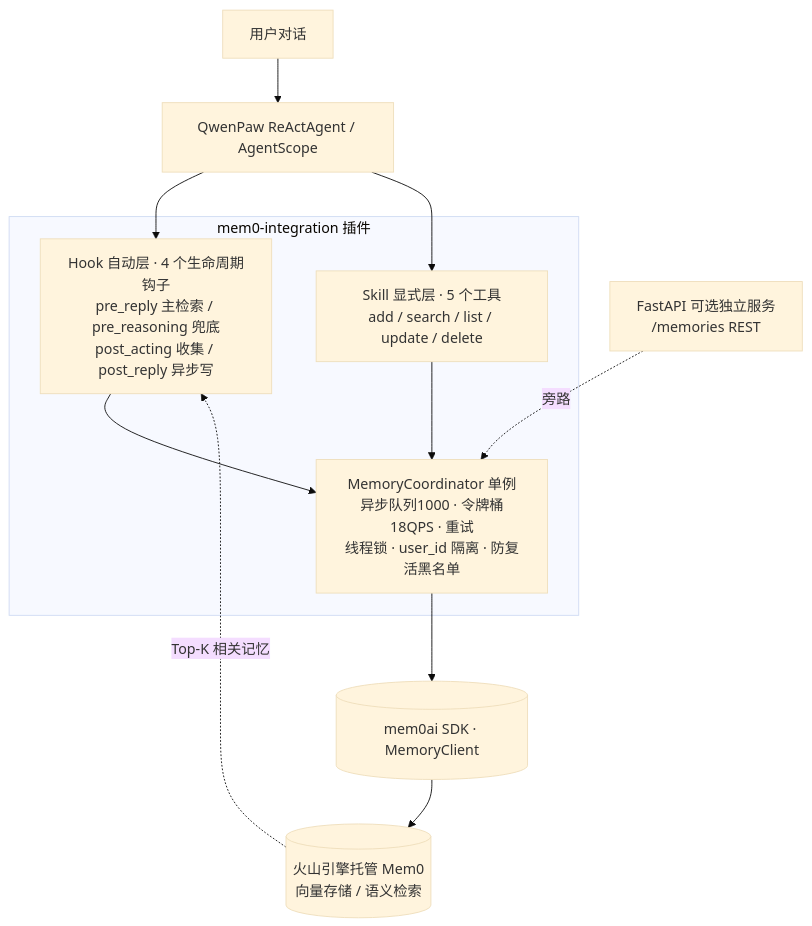
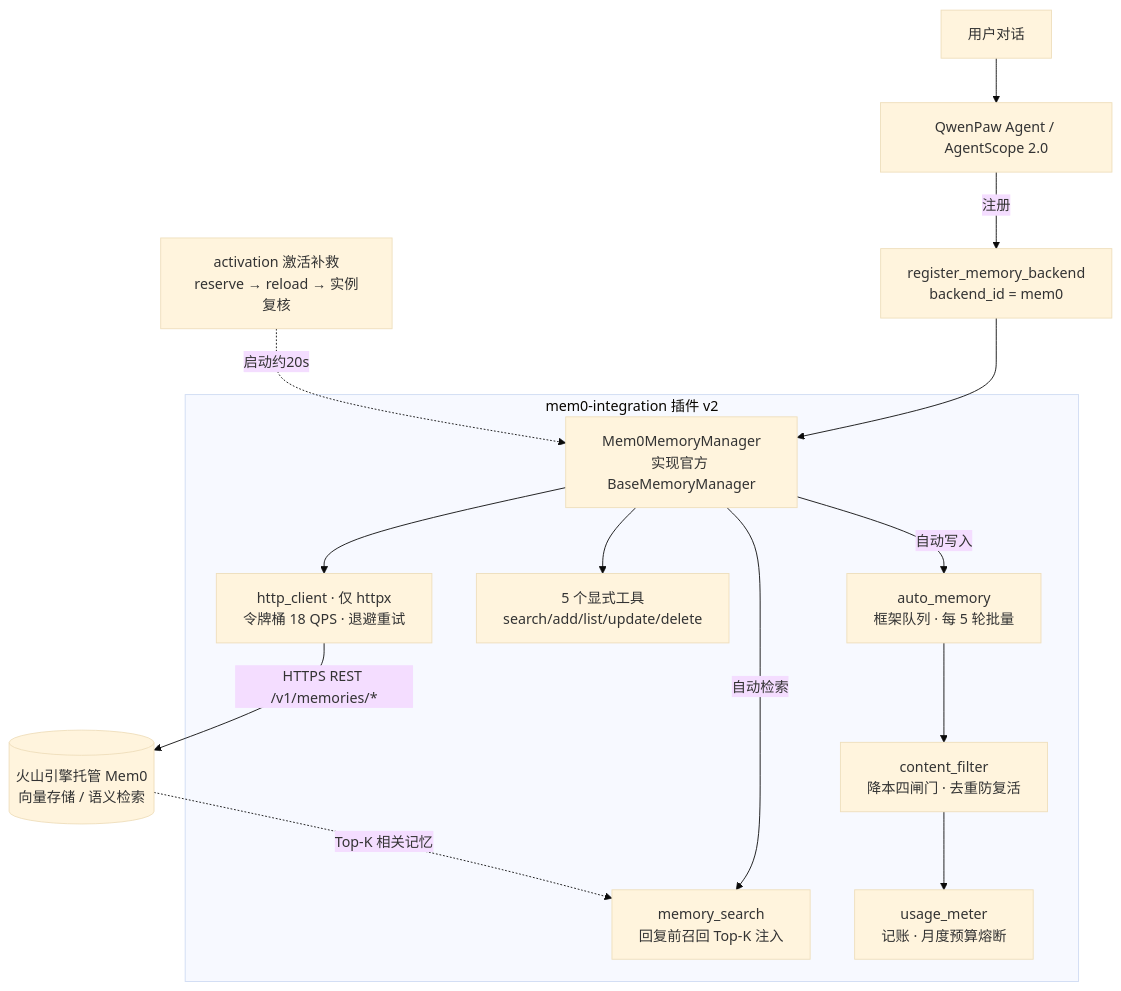
The diagram in README.md (HawChen/qwenpaw-mem0), drawn with Mermaid (base theme) before and after one commit. The commit also changed other lines of this file and 31 other files, not shown here.

First line of the commit message:
feat: 重构为 QwenPaw 2.x 官方记忆后端 (v2.0.0)

````diff
--- a/README.md
+++ b/README.md
@@ -44,17 +51,20 @@
 ```mermaid
 flowchart TD
-    U[用户对话] --> A[QwenPaw ReActAgent / AgentScope]
-    subgraph P[mem0-integration 插件]
-        H[Hook 自动层 · 4 个生命周期钩子<br/>pre_reply 主检索 / pre_reasoning 兜底<br/>post_acting 收集 / post_reply 异步写]
-        S[Skill 显式层 · 5 个工具<br/>add / search / list / update / delete]
-        C[MemoryCoordinator 单例<br/>异步队列1000 · 令牌桶18QPS · 重试<br/>线程锁 · user_id 隔离 · 防复活黑名单]
-        H --> C
-        S --> C
+    U[用户对话] --> A[QwenPaw Agent / AgentScope 2.0]
+    A -->|注册| REG[register_memory_backend<br/>backend_id = mem0]
+
+    subgraph P[mem0-integration 插件 v2]
+        BM[Mem0MemoryManager<br/>实现官方 BaseMemoryManager]
+        BM -->|自动检索| SEARCH[memory_search<br/>回复前召回 Top-K 注入]
+        BM -->|自动写入| AUTO[auto_memory<br/>框架队列 · 每 5 轮批量]
+        BM --> TL[5 个显式工具<br/>search/add/list/update/delete]
+        AUTO --> CF[content_filter<br/>降本四闸门 · 去重防复活]
+        CF --> METER[usage_meter<br/>记账 · 月度预算熔断]
+        BM --> HC[http_client · 仅 httpx<br/>令牌桶 18 QPS · 退避重试]
     end
-    A --> H
-    A --> S
-    C --> MC[(mem0ai SDK · MemoryClient)]
-    MC --> V[(火山引擎托管 Mem0<br/>向量存储 / 语义检索)]
-    V -. Top-K 相关记忆 .-> H
-    F[FastAPI 可选独立服务<br/>/memories REST] -.旁路.-> C
+
+    REG --> BM
+    ACT[activation 激活补救<br/>reserve → reload → 实例复核] -.启动约20s.-> BM
+    HC -->|HTTPS REST /v1/memories/*| V[(火山引擎托管 Mem0<br/>向量存储 / 语义检索)]
+    V -. Top-K 相关记忆 .-> SEARCH
 ```
````
